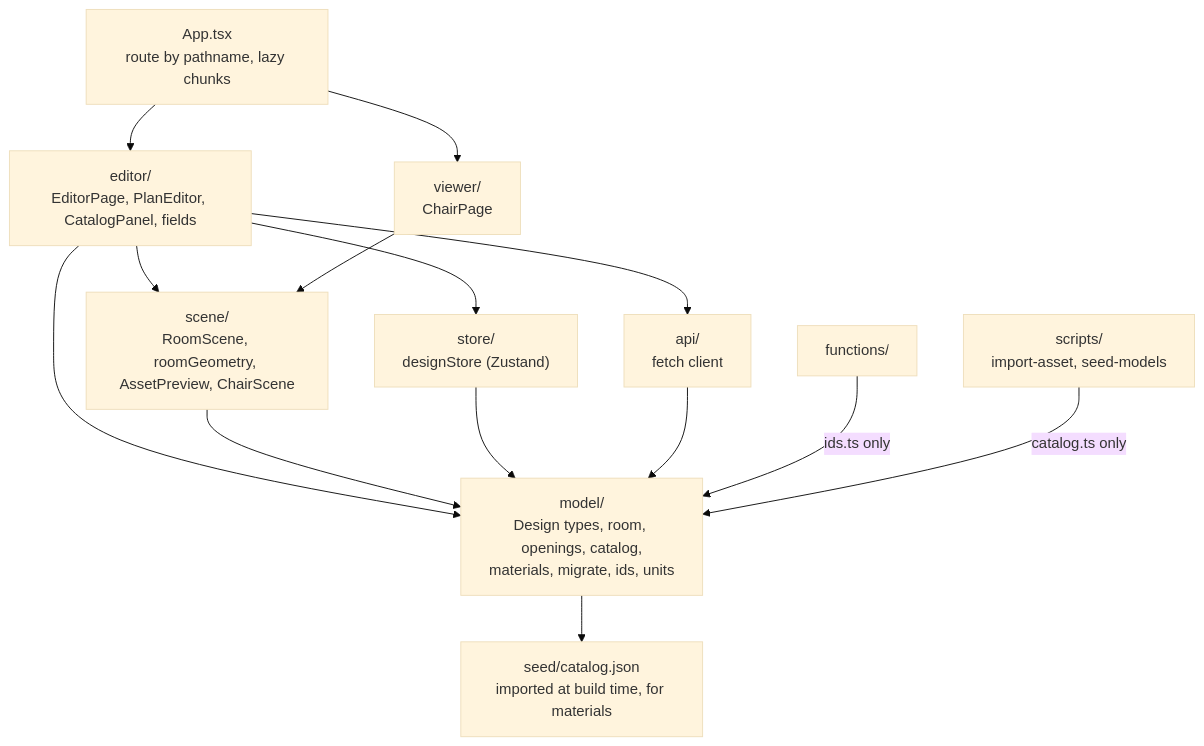
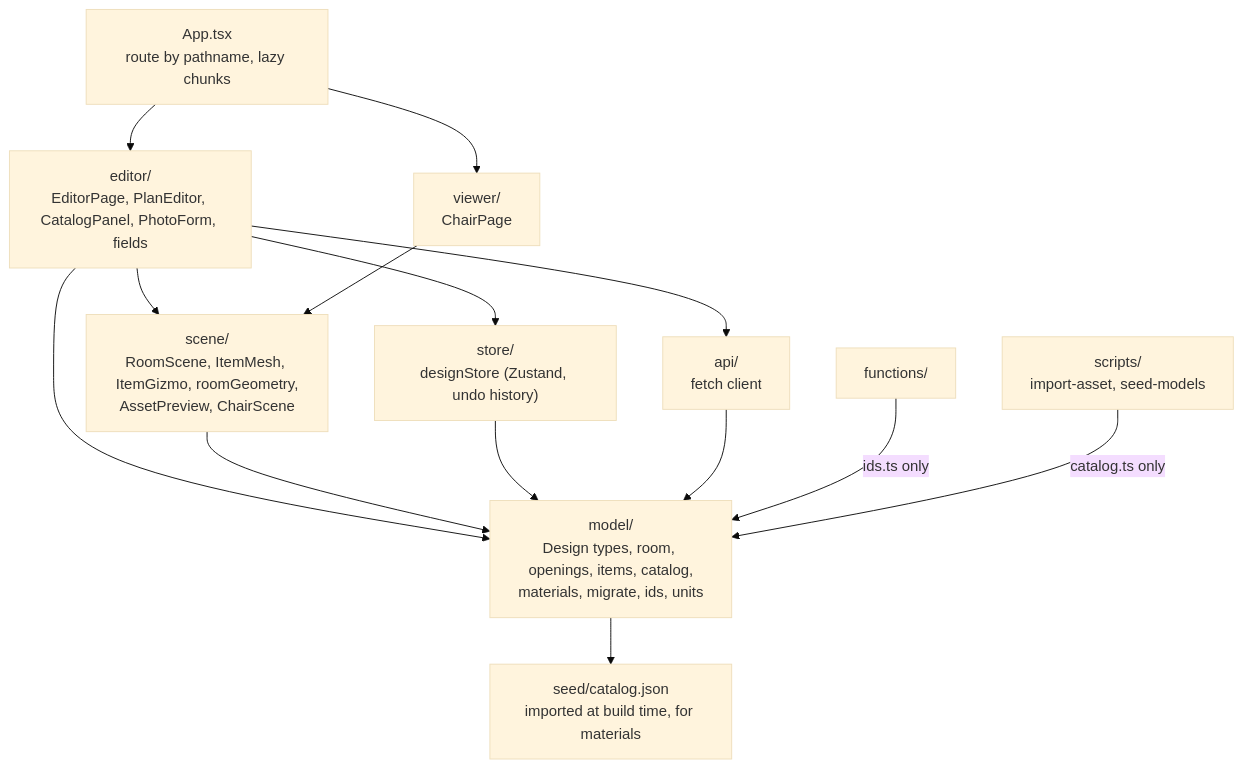
The second of 5 diagrams in docs/SYSTEM_DESIGN.md (davidopluslau/whimsy-forge), drawn with Mermaid (base theme) before and after one commit. The commit also changed other lines of this file and 25 other files, not shown here.

````diff
--- a/docs/SYSTEM_DESIGN.md
+++ b/docs/SYSTEM_DESIGN.md
@@ -95,27 +97,27 @@
 ```mermaid
 flowchart TD
     app["App.tsx<br/>route by pathname, lazy chunks"]
-    editor["editor/<br/>EditorPage, PlanEditor, CatalogPanel, fields"]
+    editor["editor/<br/>EditorPage, PlanEditor, CatalogPanel, PhotoForm, fields"]
     viewer["viewer/<br/>ChairPage"]
-    scene["scene/<br/>RoomScene, roomGeometry, AssetPreview, ChairScene"]
-    store["store/<br/>designStore (Zustand)"]
+    scene["scene/<br/>RoomScene, ItemMesh, ItemGizmo, roomGeometry,<br/>AssetPreview, ChairScene"]
+    store["store/<br/>designStore (Zustand, undo history)"]
     api["api/<br/>fetch client"]
-    model["model/<br/>Design types, room, openings, catalog,<br/>materials, migrate, ids, units"]
+    model["model/<br/>Design types, room, openings, items, catalog,<br/>materials, migrate, ids, units"]
     materials["seed/catalog.json<br/>imported at build time, for materials"]
     scripts["scripts/<br/>import-asset, seed-models"]
     fns["functions/"]
 
     app --> editor
     app --> viewer
     editor --> scene
     editor --> store
     editor --> api
     editor --> model
     viewer --> scene
     scene --> model
     store --> model
     api --> model
     model --> materials
     fns -->|"ids.ts only"| model
     scripts -->|"catalog.ts only"| model
 ```
````
